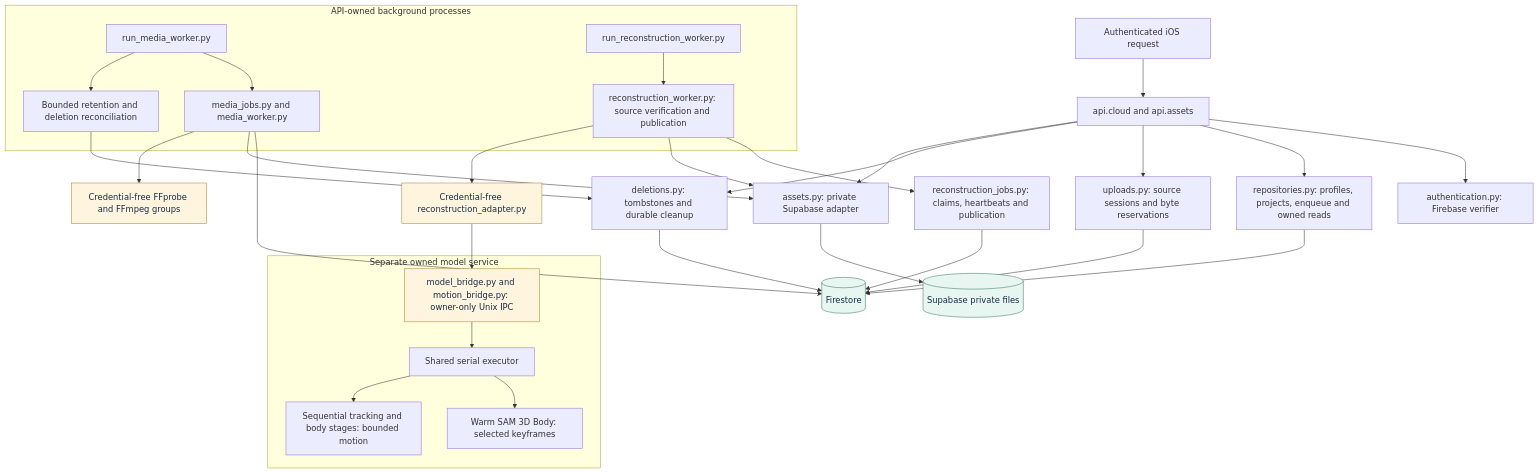
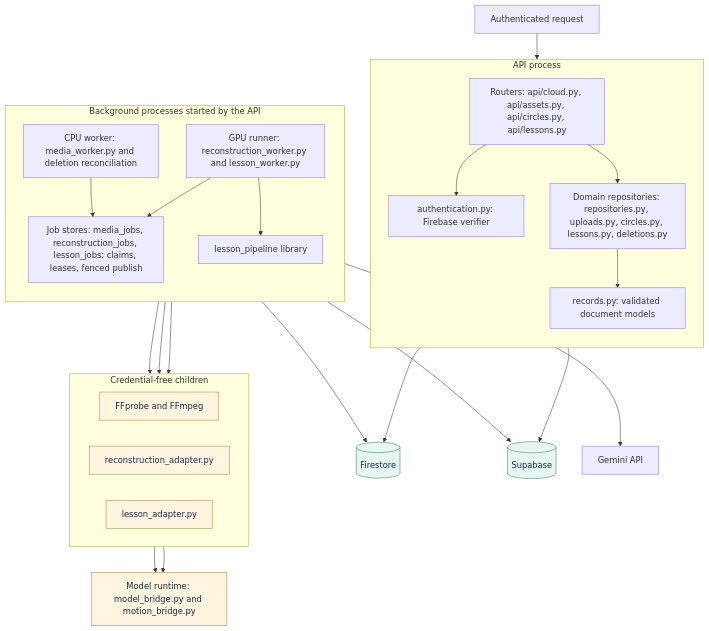
The diagram in diagrams/03-backend-components.mmd (FootyLevels/Backend), drawn with Mermaid before and after one commit. The commit also changed 155 other files, not shown here.

First line of the commit message:
Rebuild architecture diagrams and docs for every feature

```diff
--- a/diagrams/03-backend-components.mmd
+++ b/diagrams/03-backend-components.mmd
@@ -1,46 +1,44 @@
 flowchart TB
-    accTitle: FootyLevels Backend component architecture
-    accDescr: One application codebase separates authenticated routes and cloud repositories from credential-free media decoders and model adapters. The model runtime has one serial executor.
-    client["Authenticated iOS request"] --> routes["api.cloud and api.assets"]
-    routes --> identity["authentication.py: Firebase verifier"]
-    routes --> records["repositories.py: profiles, projects, enqueue and owned reads"]
-    routes --> uploads["uploads.py: source sessions and byte reservations"]
-    jobs["reconstruction_jobs.py: claims, heartbeats and publication"]
-    routes --> deletions["deletions.py: tombstones and durable cleanup"]
-    routes --> assets["assets.py: private Supabase adapter"]
-    records --> db[("Firestore")]
-    uploads --> db
-    jobs --> db
-    deletions --> db
-    subgraph background ["API-owned background processes"]
-        cpu["run_media_worker.py"]
-        media["media_jobs.py and media_worker.py"]
-        maintenance["Bounded retention and deletion reconciliation"]
-        dispatcher["run_reconstruction_worker.py"]
-        publication["reconstruction_worker.py: source verification and publication"]
+    accTitle: Backend components
+    accDescr: One FastAPI codebase. Routers per feature share identity and repositories; background processes share the job and storage layers; model work runs in credential-free children and a separate runtime.
+    req["Authenticated request"] --> apiproc
+    subgraph apiproc ["API process"]
+        direction TB
+        routers["Routers: api/cloud.py, api/assets.py, api/circles.py, api/lessons.py"]
+        authn["authentication.py: Firebase verifier"]
+        domain["Domain repositories: repositories.py, uploads.py, circles.py, lessons.py, deletions.py"]
+        recs["records.py: validated document models"]
+        routers --> authn
+        routers --> domain
+        domain --> recs
     end
-    cpu --> media
-    cpu --> maintenance
-    media --> db
-    maintenance --> deletions
-    dispatcher --> publication
-    publication --> jobs
-    media --> assets
-    publication --> assets
-    assets --> storage[("Supabase private files")]
-    media --> decoder["Credential-free FFprobe and FFmpeg groups"]
-    publication --> adapter["Credential-free reconstruction_adapter.py"]
-    subgraph privateRuntime ["Separate owned model service"]
-        bridge["model_bridge.py and motion_bridge.py: owner-only Unix IPC"]
-        serial["Shared serial executor"]
-        body["Warm SAM 3D Body: selected keyframes"]
-        motion["Sequential tracking and body stages: bounded motion"]
+    subgraph bg ["Background processes started by the API"]
+        direction TB
+        cpuW["CPU worker: media_worker.py and deletion reconciliation"]
+        gpuW["GPU runner: reconstruction_worker.py and lesson_worker.py"]
+        jobsL["Job stores: media_jobs, reconstruction_jobs, lesson_jobs: claims, leases, fenced publish"]
+        lib["lesson_pipeline library"]
+        cpuW --> jobsL
+        gpuW --> jobsL
+        gpuW --> lib
     end
-    adapter --> bridge
-    bridge --> serial
-    serial --> body
-    serial --> motion
+    subgraph isolated ["Credential-free children"]
+        direction LR
+        ff["FFprobe and FFmpeg"]
+        radapter["reconstruction_adapter.py"]
+        ladapter["lesson_adapter.py"]
+    end
+    cpuW --> ff
+    gpuW --> radapter
+    gpuW --> ladapter
+    radapter --> runtime["Model runtime: model_bridge.py and motion_bridge.py"]
+    ladapter --> runtime
+    apiproc --> fs[("Firestore")]
+    bg --> fs
+    apiproc --> sb[("Supabase")]
+    bg --> sb
+    gpuW --> gemini["Gemini API"]
+    classDef isolatedc fill:#fff4de,stroke:#a78336,color:#152b46;
     classDef data fill:#e8f6f1,stroke:#377967,color:#152b46;
-    classDef isolated fill:#fff4de,stroke:#a78336,color:#152b46;
-    class db,storage data;
-    class decoder,adapter,bridge isolated;
+    class ff,radapter,ladapter,runtime isolatedc;
+    class fs,sb data;
```
